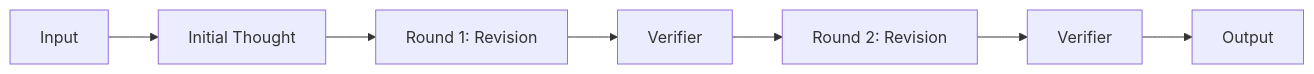
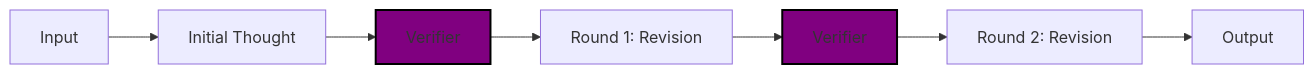
Before and after one commit to aws-samples/sample-genai-reflection-for-bedrock: the second of 3 diagrams in README.md, drawn with Mermaid.

Commit message:
update readme verifier diagram

````diff
--- a/README.md
+++ b/README.md
@@ -78,9 +78,12 @@
 ```mermaid
 graph LR;
     A[Input] --> B[Initial Thought]
-    B --> C[Round 1: Revision]
+    B --> V0[Verifier]
+    V0 --> C[Round 1: Revision]
     C --> V1[Verifier]
     V1 --> D[Round 2: Revision]
-    D --> V2[Verifier]
-    V2 --> E[Output]
+    D --> E[Output]
+
+    style V0 fill:#800080,stroke:#000000,stroke-width:2px
+    style V1 fill:#800080,stroke:#000000,stroke-width:2px
 ```
````
